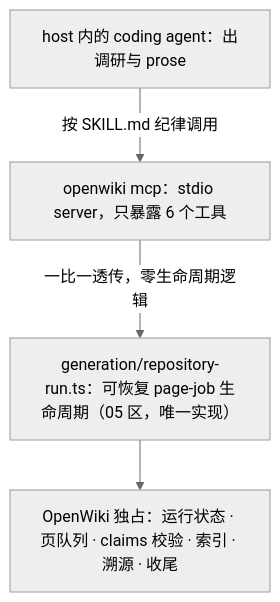
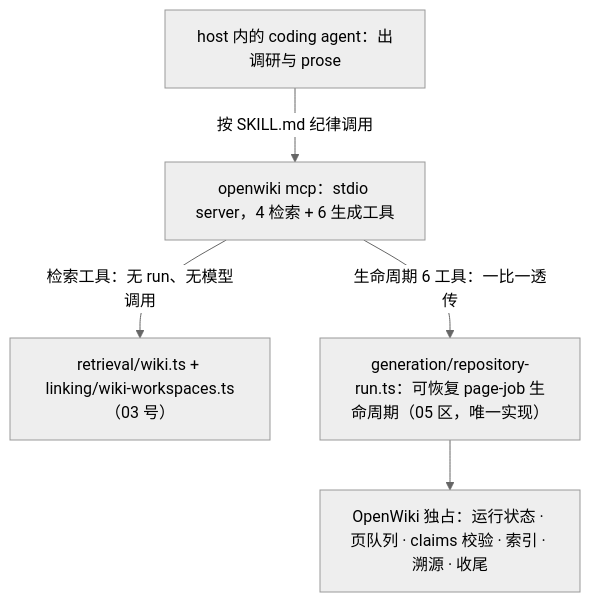
Before and after one commit to ethan-jiang-1/openwiki: the first of 2 diagrams in _digested/13-integrations/02-mcp-lifecycle-protocol-and-skills.md, drawn with Mermaid (neutral theme). The commit also changed other lines of this file and 82 other files, not shown here.

````diff
--- a/_digested/13-integrations/02-mcp-lifecycle-protocol-and-skills.md
+++ b/_digested/13-integrations/02-mcp-lifecycle-protocol-and-skills.md
@@ -32,6 +35,7 @@
 ```mermaid
 flowchart TD
-    HOST["host 内的 coding agent：出调研与 prose"] -->|"按 SKILL.md 纪律调用"| MCP["openwiki mcp：stdio server，只暴露 6 个工具"]
-    MCP -->|"一比一透传，零生命周期逻辑"| GEN["generation/repository-run.ts：可恢复 page-job 生命周期（05 区，唯一实现）"]
+    HOST["host 内的 coding agent：出调研与 prose"] -->|"按 SKILL.md 纪律调用"| MCP["openwiki mcp：stdio server，4 检索 + 6 生成工具"]
+    MCP -->|"检索工具：无 run、无模型调用"| RET["retrieval/wiki.ts + linking/wiki-workspaces.ts（03 号）"]
+    MCP -->|"生命周期 6 工具：一比一透传"| GEN["generation/repository-run.ts：可恢复 page-job 生命周期（05 区，唯一实现）"]
     GEN --> OWN["OpenWiki 独占：运行状态 · 页队列 · claims 校验 · 索引 · 溯源 · 收尾"]
 ```
````
